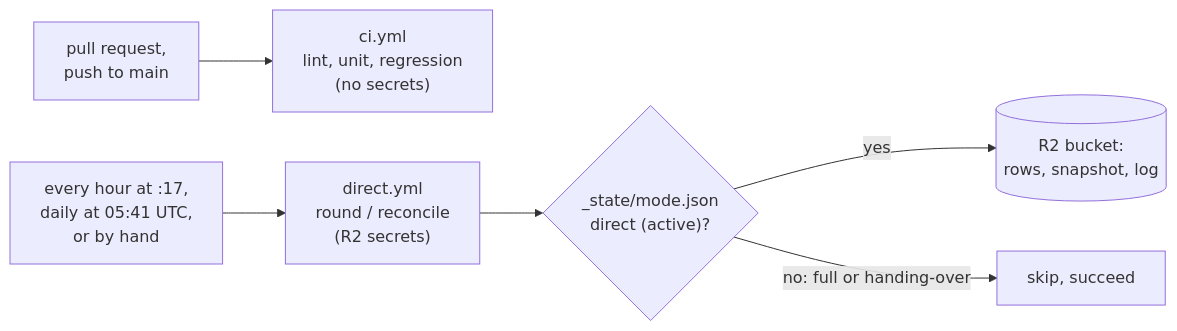
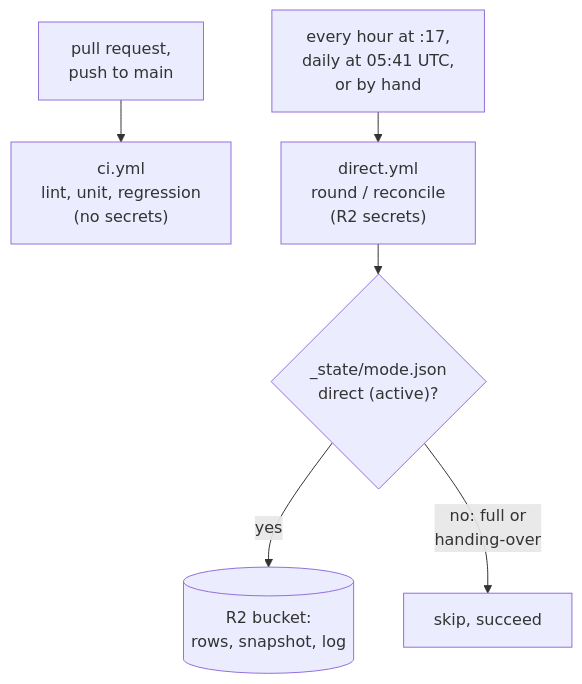
Before and after one commit to dienarvaez1/earth-hub: the diagram in docs/technical/ci.md, drawn with Mermaid. The commit also changed 2 other files, not shown here.

Commit message:
docs: lay out the flowcharts and state diagrams near square
The overview and the other flowcharts ran left to right, up to 7.5 times
wider than tall. They now run top to bottom, with subgraphs for each mode
and tighter layer spacing, between 0.8 and 1.2 wide for each unit of
height. The overview drops the dotted replay edge, which drew a cycle
through the layout; the handover's sequence diagram shows the replay.

````diff
--- a/docs/technical/ci.md
+++ b/docs/technical/ci.md
@@ -7,8 +7,9 @@
 ```mermaid
-flowchart LR
+%%{init: {"flowchart": {"rankSpacing": 30, "nodeSpacing": 50}}}%%
+flowchart TB
     pr["pull request,<br/>push to main"] --> ci["ci.yml<br/>lint, unit, regression<br/>(no secrets)"]
     cron["every hour at :17,<br/>daily at 05:41 UTC,<br/>or by hand"] --> direct["direct.yml<br/>round / reconcile<br/>(R2 secrets)"]
     direct --> check{"_state/mode.json<br/>direct (active)?"}
     check -- yes --> r2[("R2 bucket:<br/>rows, snapshot, log")]
-    check -- "no: full or handing-over" --> skip["skip, succeed"]
+    check -- "no: full or<br/>handing-over" --> skip["skip, succeed"]
 ```
````
